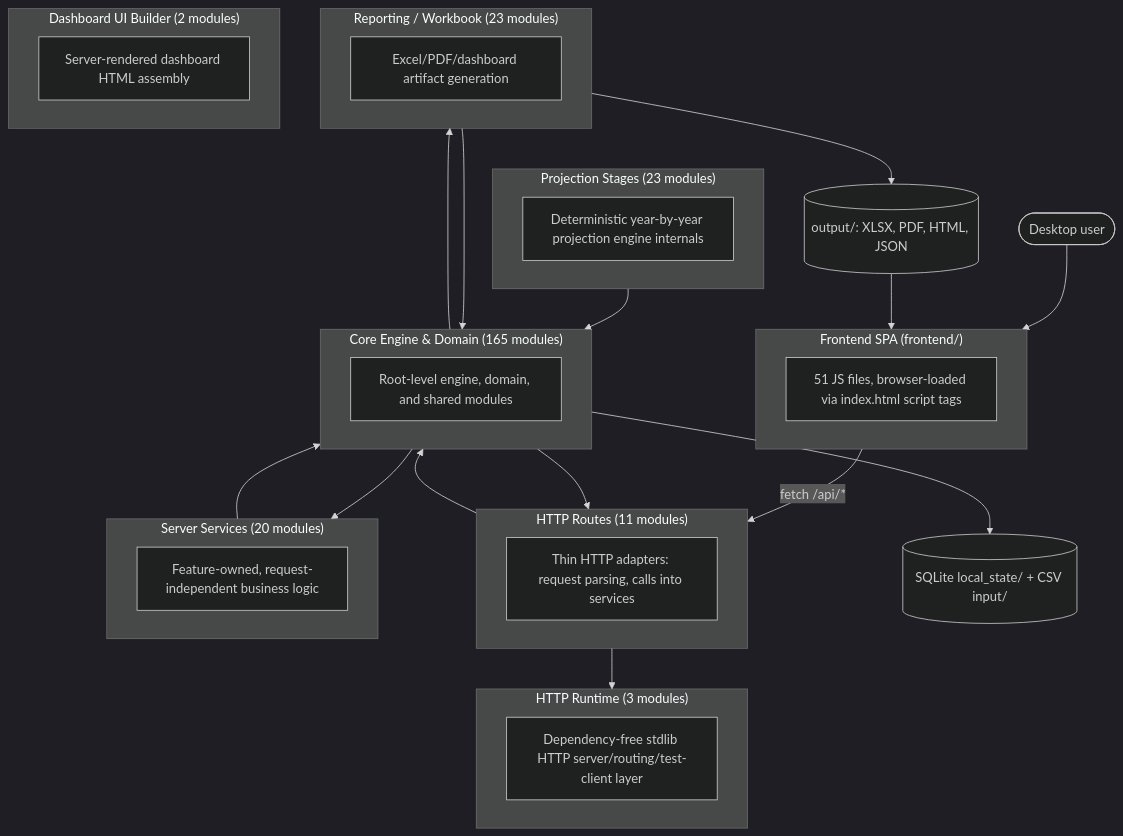
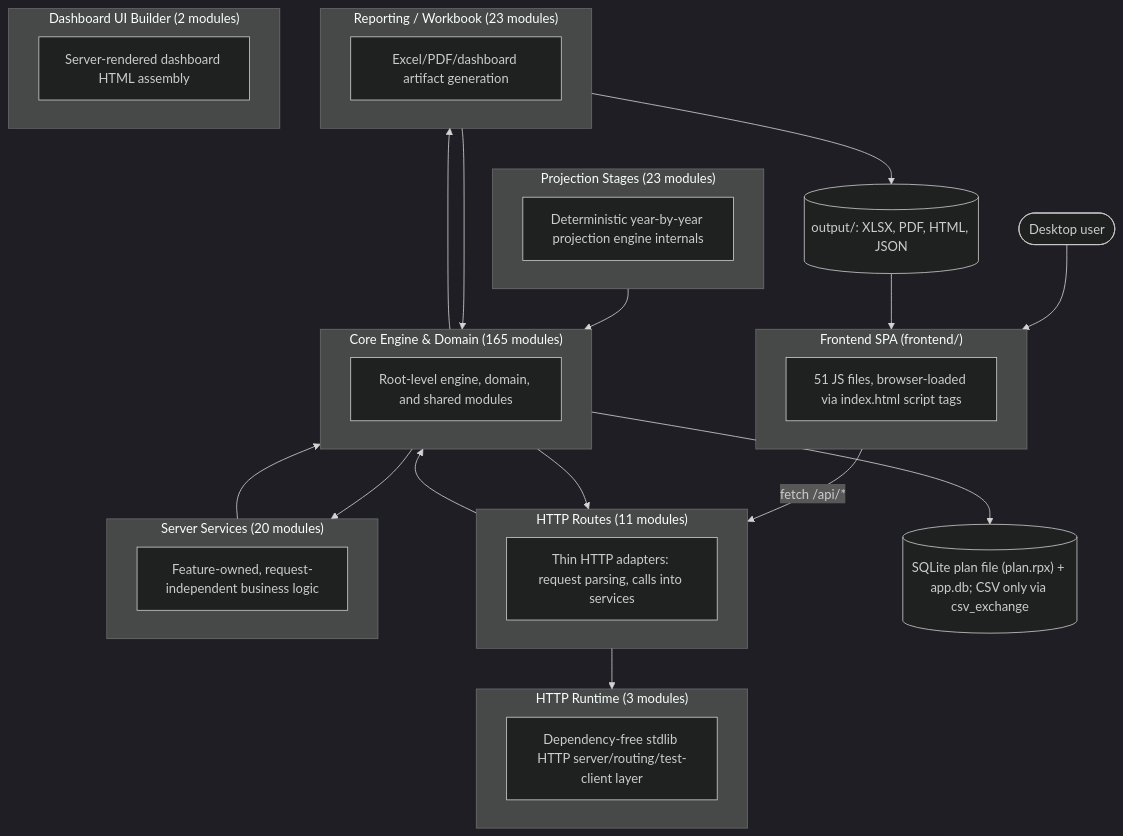
One commit to matthartzman/retirement_system changed the first of 2 diagrams in documentation/reference/SYSTEM_ARCHITECTURE_DIAGRAM.md. Above: the diagram before and after it, drawn with Mermaid (dark theme). The commit also changed 9 other files, not shown here.

First line of the commit message:
WP11.5: docs, release notes, diagram label; section 7 status for WP11

````diff
--- a/documentation/reference/SYSTEM_ARCHITECTURE_DIAGRAM.md
+++ b/documentation/reference/SYSTEM_ARCHITECTURE_DIAGRAM.md
@@ -11,40 +11,40 @@
 ```mermaid
 flowchart TB
     User(["Desktop user"]) --> FE
     subgraph FE["Frontend SPA (frontend/)"]
         FEcount["51 JS files, browser-loaded via index.html script tags"]
     end
     FE -->|fetch /api/*| L_HTTP_Routes
     subgraph L_HTTP_Routes["HTTP Routes (11 modules)"]
         L_HTTP_Routes_d["Thin HTTP adapters: request parsing, calls into services"]
     end
     subgraph L_Server_Services["Server Services (20 modules)"]
         L_Server_Services_d["Feature-owned, request-independent business logic"]
     end
     subgraph L_HTTP_Runtime["HTTP Runtime (3 modules)"]
         L_HTTP_Runtime_d["Dependency-free stdlib HTTP server/routing/test-client layer"]
     end
     subgraph L_Core_Engine___Domain["Core Engine & Domain (165 modules)"]
         L_Core_Engine___Domain_d["Root-level engine, domain, and shared modules"]
     end
     subgraph L_Projection_Stages["Projection Stages (23 modules)"]
         L_Projection_Stages_d["Deterministic year-by-year projection engine internals"]
     end
     subgraph L_Reporting___Workbook["Reporting / Workbook (23 modules)"]
         L_Reporting___Workbook_d["Excel/PDF/dashboard artifact generation"]
     end
     subgraph L_Dashboard_UI_Builder["Dashboard UI Builder (2 modules)"]
         L_Dashboard_UI_Builder_d["Server-rendered dashboard HTML assembly"]
     end
     L_Core_Engine___Domain --> L_HTTP_Routes
     L_Core_Engine___Domain --> L_Reporting___Workbook
     L_Core_Engine___Domain --> L_Server_Services
     L_HTTP_Routes --> L_Core_Engine___Domain
     L_HTTP_Routes --> L_HTTP_Runtime
     L_Projection_Stages --> L_Core_Engine___Domain
     L_Reporting___Workbook --> L_Core_Engine___Domain
     L_Server_Services --> L_Core_Engine___Domain
-    L_Core_Engine___Domain --> DB[("SQLite local_state/ + CSV input/")]
+    L_Core_Engine___Domain --> DB[("SQLite plan file (plan.rpx) + app.db; CSV only via csv_exchange")]
     L_Reporting___Workbook --> Outputs[("output/: XLSX, PDF, HTML, JSON")]
     Outputs --> FE
 ```
````
